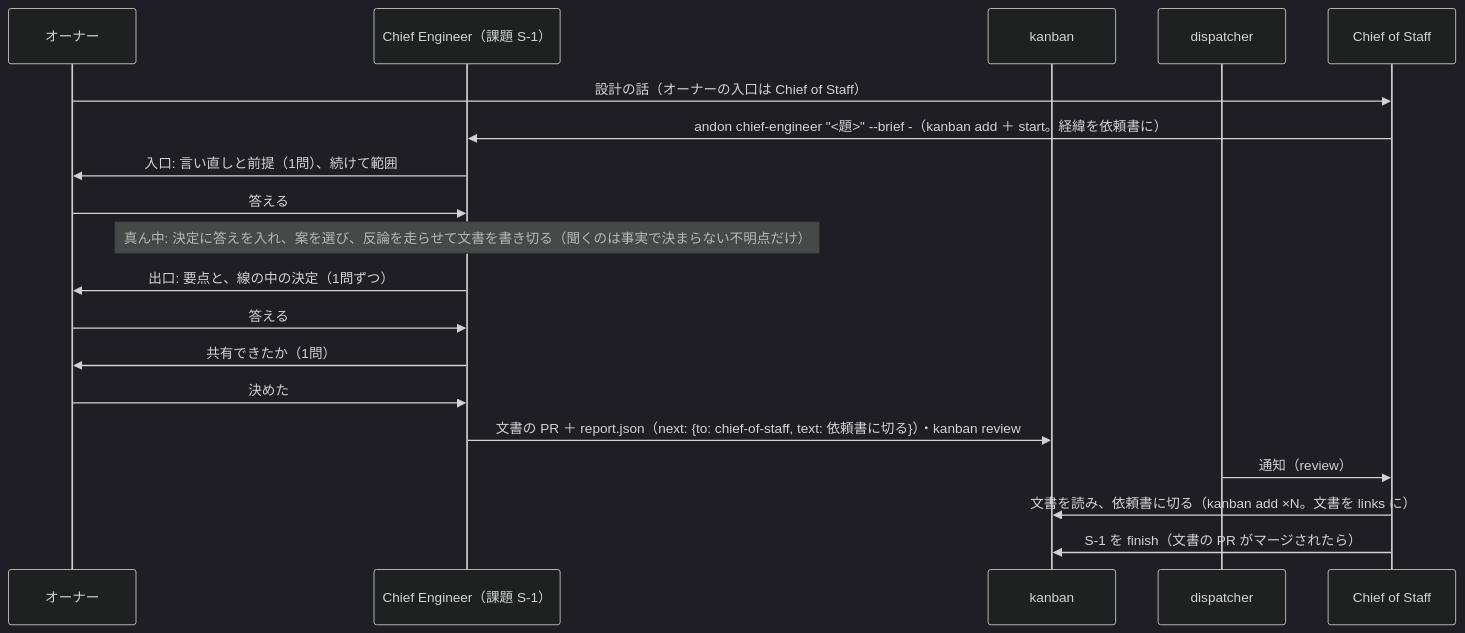
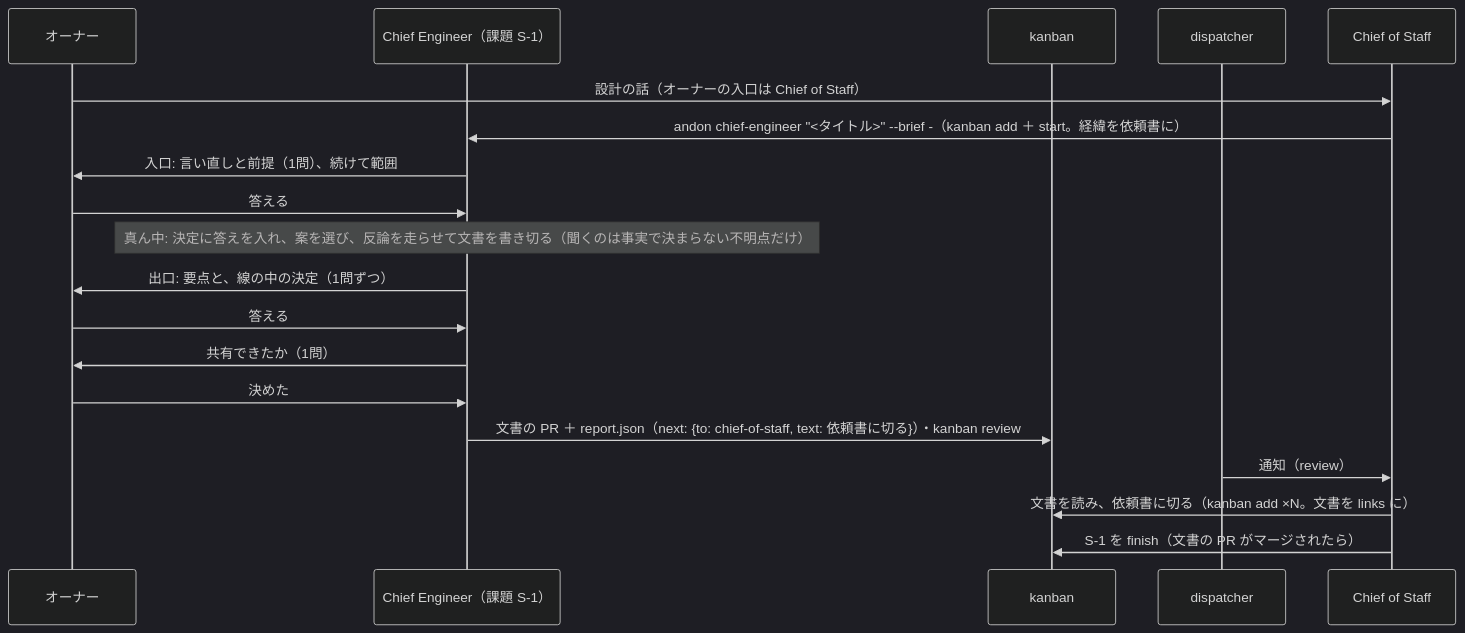
The third of 3 diagrams in docs/design.md (mitaku/andon), drawn with Mermaid (dark theme) before and after one commit. The commit also changed other lines of this file and 31 other files, not shown here.

````diff
--- a/docs/design.md
+++ b/docs/design.md
@@ -293,21 +293,21 @@
 ```mermaid
 sequenceDiagram
   participant H as オーナー
   participant CE as Chief Engineer（課題 S-1）
   participant L as kanban
   participant K as dispatcher
   participant C as Chief of Staff
   H->>C: 設計の話（オーナーの入口は Chief of Staff）
-  C->>CE: andon chief-engineer "<題>" --brief -（kanban add ＋ start。経緯を依頼書に）
+  C->>CE: andon chief-engineer "<タイトル>" --brief -（kanban add ＋ start。経緯を依頼書に）
   CE->>H: 入口: 言い直しと前提（1問）、続けて範囲
   H->>CE: 答える
   Note over CE: 真ん中: 決定に答えを入れ、案を選び、反論を走らせて文書を書き切る（聞くのは事実で決まらない不明点だけ）
   CE->>H: 出口: 要点と、線の中の決定（1問ずつ）
   H->>CE: 答える
   CE->>H: 共有できたか（1問）
   H->>CE: 決めた
   CE->>L: 文書の PR ＋ report.json（next: {to: chief-of-staff, text: 依頼書に切る}）・kanban review
   K->>C: 通知（review）
   C->>L: 文書を読み、依頼書に切る（kanban add ×N。文書を links に）
   C->>L: S-1 を finish（文書の PR がマージされたら）
 ```
````
